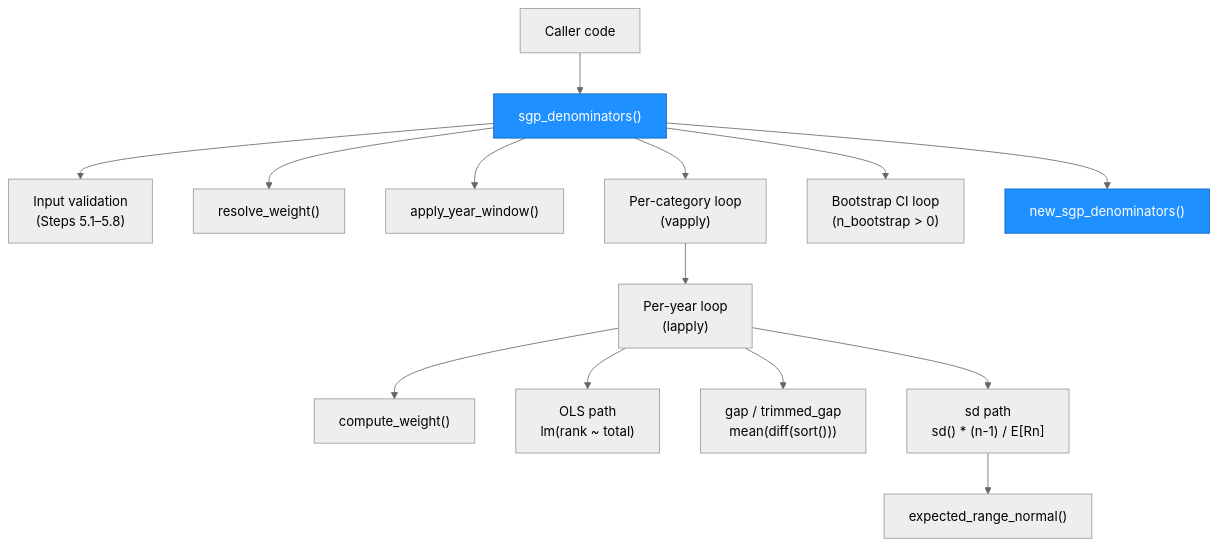
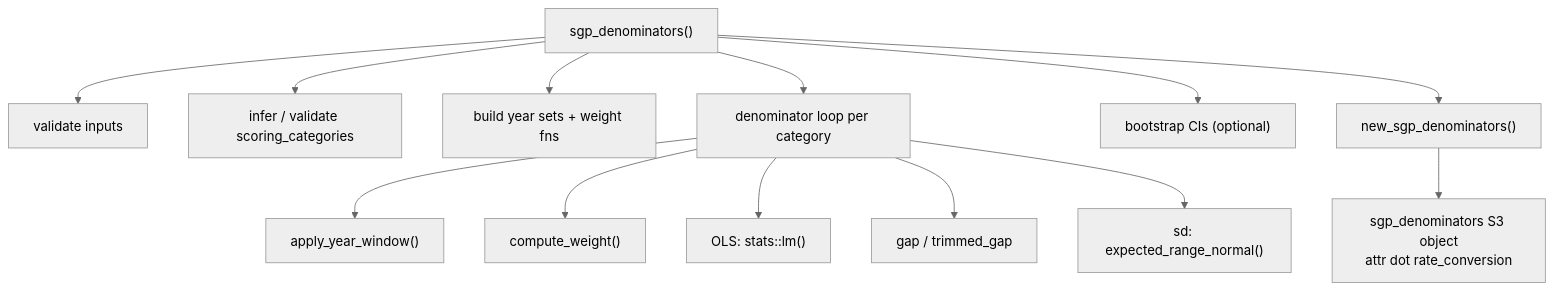
One commit to JDenn0514/rotostats changed the third of 4 diagrams in ARCHITECTURE.md. Above: the diagram before and after it, drawn with Mermaid. The commit also changed other lines of this file and 4 other files, not shown here.

````diff
--- a/ARCHITECTURE.md
+++ b/ARCHITECTURE.md
@@ -102,35 +122,18 @@
 ```mermaid
 %%{init: {'theme': 'neutral'}}%%
 graph TD
-  CALLER["Caller code"]
-  SGP["sgp_denominators()"]
-  VAL["Input validation\n(Steps 5.1–5.8)"]
-  RW["resolve_weight()"]
-  AYW["apply_year_window()"]
-  CW["compute_weight()"]
-  LOOPY["Per-category loop\n(vapply)"]
-  LOOPYR["Per-year loop\n(lapply)"]
-  OLS["OLS path\nlm(rank ~ total)"]
-  GAP["gap / trimmed_gap\nmean(diff(sort()))"]
-  SD["sd path\nsd() * (n-1) / E[Rn]"]
-  ERN["expected_range_normal()"]
-  BOOT["Bootstrap CI loop\n(n_bootstrap > 0)"]
-  CTOR["new_sgp_denominators()"]
+    SD["sgp_denominators()"] --> SD1["validate inputs"]
+    SD --> SD2["infer / validate scoring_categories"]
+    SD --> SD3["build year sets + weight fns"]
+    SD --> SD4["denominator loop per category"]
+    SD --> SD5["bootstrap CIs (optional)"]
+    SD --> SD6["new_sgp_denominators()"]
 
-  CALLER --> SGP
-  SGP --> VAL
-  SGP --> RW
-  SGP --> AYW
-  SGP --> LOOPY
-  LOOPY --> LOOPYR
-  LOOPYR --> CW
-  LOOPYR --> OLS
-  LOOPYR --> GAP
-  LOOPYR --> SD
-  SD --> ERN
-  SGP --> BOOT
-  SGP --> CTOR
+    SD4 --> SD4a["apply_year_window()"]
+    SD4 --> SD4b["compute_weight()"]
+    SD4 --> SD4c["OLS: stats::lm()"]
+    SD4 --> SD4d["gap / trimmed_gap"]
+    SD4 --> SD4e["sd: expected_range_normal()"]
 
-  style SGP fill:#1e90ff,stroke:#1565c0,color:#fff
-  style CTOR fill:#1e90ff,stroke:#1565c0,color:#fff
+    SD6 --> S3["sgp_denominators S3 object\nattr dot rate_conversion"]
 ```
````
